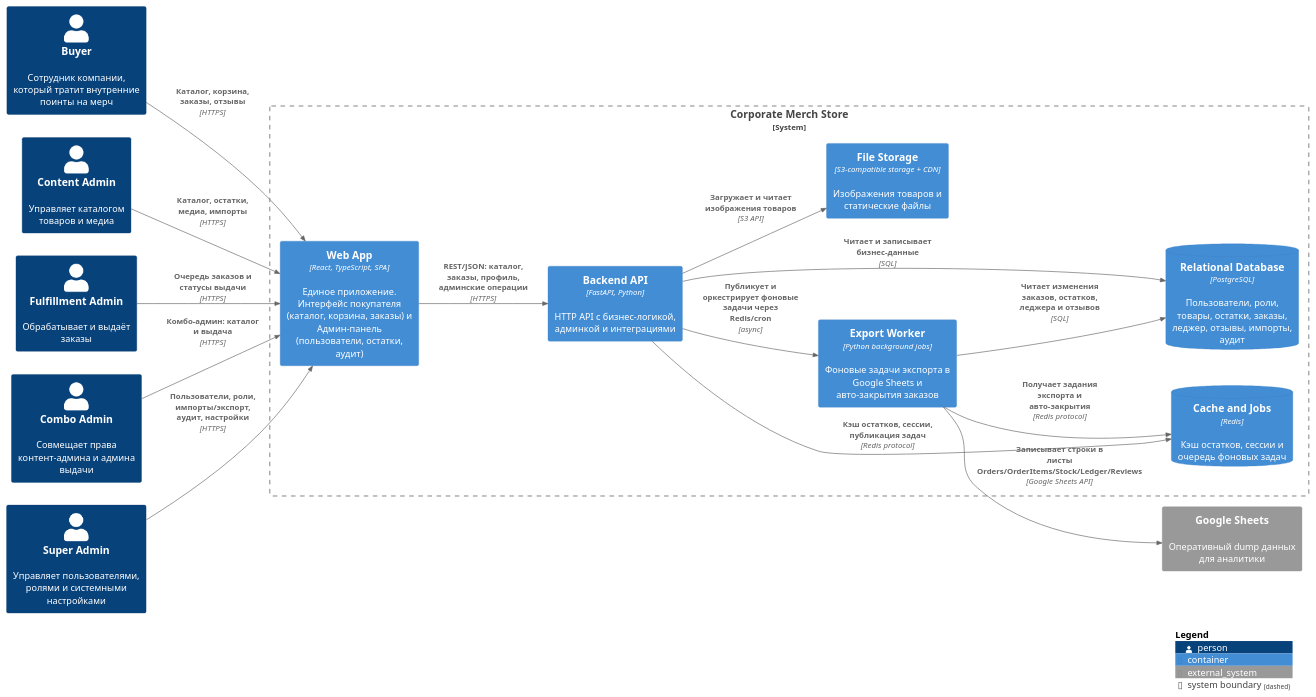
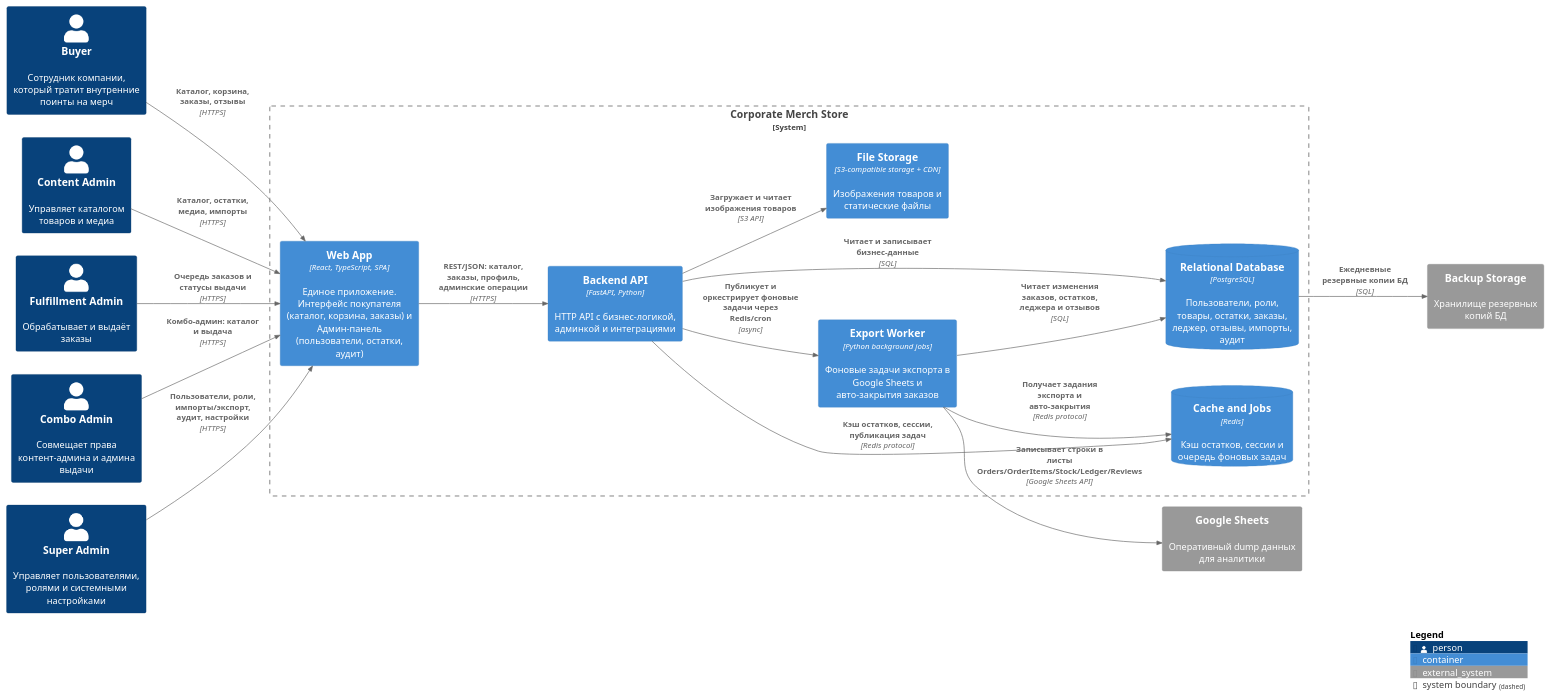
Before and after one commit to saurusel/PAPS_labs_MAOlenin: the diagram in Lab Work № 2/PlantUML/c4_containers.puml, drawn with PlantUML. The commit also changed 1 other file, not shown here.

```diff
--- a/Lab Work № 2/PlantUML/c4_containers.puml
+++ b/Lab Work № 2/PlantUML/c4_containers.puml
@@ -1,42 +1,45 @@
 @startuml C4_Containers
 !includeurl https://raw.githubusercontent.com/plantuml-stdlib/C4-PlantUML/master/C4_Container.puml
 
 LAYOUT_LEFT_RIGHT()
 
 Person(buyer, "Buyer", "Сотрудник компании, который тратит внутренние поинты на мерч")
 Person(content_admin, "Content Admin", "Управляет каталогом товаров и медиа")
 Person(fulfillment_admin, "Fulfillment Admin", "Обрабатывает и выдаёт заказы")
 Person(combo_admin, "Combo Admin", "Совмещает права контент-админа и админа выдачи")
 Person(super_admin, "Super Admin", "Управляет пользователями, ролями и системными настройками")
 
 System_Boundary(merch_boundary, "Corporate Merch Store") {
     Container(web_app, "Web App", "React, TypeScript, SPA", "Единое приложение. Интерфейс покупателя (каталог, корзина, заказы) и Админ-панель (пользователи, остатки, аудит)")
     Container(api_app, "Backend API", "FastAPI, Python", "HTTP API с бизнес-логикой, админкой и интеграциями")
     Container(export_worker, "Export Worker", "Python background jobs", "Фоновые задачи экспорта в Google Sheets и авто-закрытия заказов")
 
     ContainerDb(db, "Relational Database", "PostgreSQL", "Пользователи, роли, товары, остатки, заказы, леджер, отзывы, импорты, аудит")
     ContainerDb(redis, "Cache and Jobs", "Redis", "Кэш остатков, сессии и очередь фоновых задач")
     Container(file_storage, "File Storage", "S3-compatible storage + CDN", "Изображения товаров и статические файлы")
 }
 
 System_Ext(google_sheets, "Google Sheets", "Оперативный dump данных для аналитики")
 
+System_Ext(backup_storage, "Backup Storage", "Хранилище резервных копий БД")
+
 Rel(buyer, web_app, "Каталог, корзина, заказы, отзывы", "HTTPS")
 Rel(content_admin, web_app, "Каталог, остатки, медиа, импорты", "HTTPS")
 Rel(fulfillment_admin, web_app, "Очередь заказов и статусы выдачи", "HTTPS")
 Rel(combo_admin, web_app, "Комбо-админ: каталог и выдача", "HTTPS")
 Rel(super_admin, web_app, "Пользователи, роли, импорты/экспорт, аудит, настройки", "HTTPS")
 
 Rel(web_app, api_app, "REST/JSON: каталог, заказы, профиль, админские операции", "HTTPS")
 
 Rel(api_app, db, "Читает и записывает бизнес-данные", "SQL")
 Rel(api_app, redis, "Кэш остатков, сессии, публикация задач", "Redis protocol")
 Rel(api_app, file_storage, "Загружает и читает изображения товаров", "S3 API")
 Rel(api_app, export_worker, "Публикует и оркестрирует фоновые задачи через Redis/cron", "async")
 
 Rel(export_worker, db, "Читает изменения заказов, остатков, леджера и отзывов", "SQL")
 Rel(export_worker, redis, "Получает задания экспорта и авто-закрытия", "Redis protocol")
 Rel(export_worker, google_sheets, "Записывает строки в листы Orders/OrderItems/Stock/Ledger/Reviews", "Google Sheets API")
+Rel(db, backup_storage, "Ежедневные резервные копии БД", "SQL")
 
 SHOW_LEGEND()
 @enduml
```
